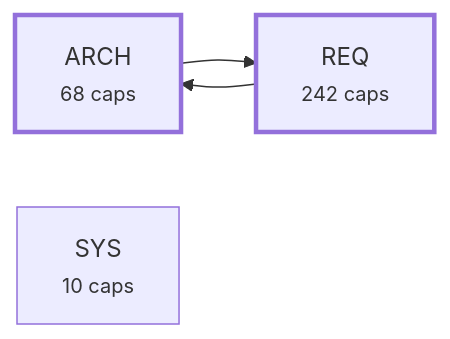
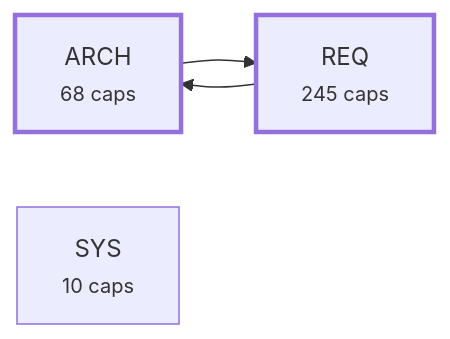
Before and after one commit to alxmax/Requirement-manager: the third of 4 diagrams in plugin/requirements/_map.md, drawn with Mermaid. The commit also changed other lines of this file and 49 other files, not shown here.

````diff
--- a/plugin/requirements/_map.md
+++ b/plugin/requirements/_map.md
@@ -1112,10 +1119,10 @@
 ```mermaid
 graph LR
   a_ARCH["ARCH<br><small>68 caps</small>"]
-  a_REQ["REQ<br><small>242 caps</small>"]
+  a_REQ["REQ<br><small>245 caps</small>"]
   a_SYS["SYS<br><small>10 caps</small>"]
   a_ARCH --> a_REQ
   a_REQ --> a_ARCH
   style a_ARCH stroke-width:3px
   style a_REQ stroke-width:3px
 ```
````
